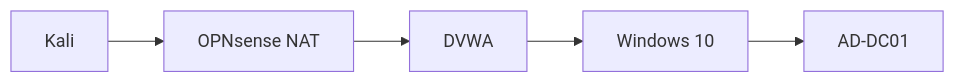
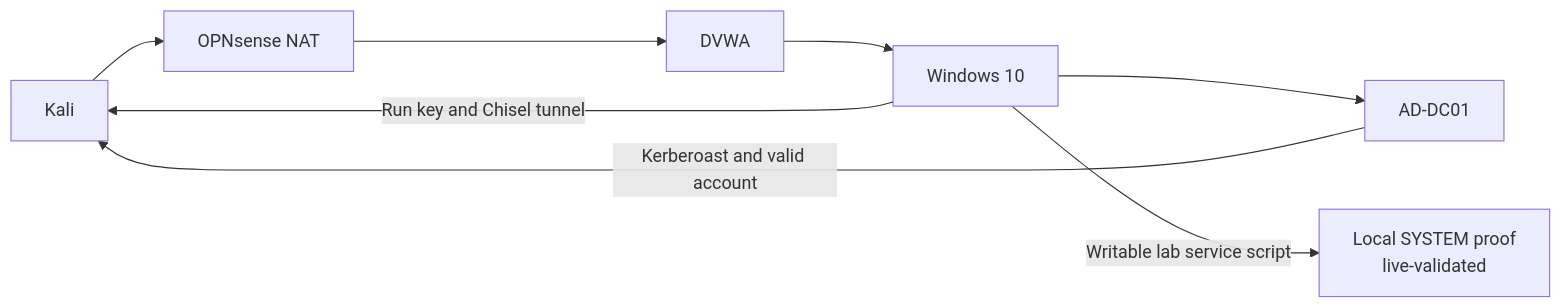
One commit to MIMI9092/purple-team-cybersecurity-lab changed the diagram in 00 - Dashboard/Project Dashboard.md. Above: the diagram before and after it, drawn with Mermaid. The commit also changed other lines of this file and 79 other files, not shown here.

````diff
--- a/00 - Dashboard/Project Dashboard.md
+++ b/00 - Dashboard/Project Dashboard.md
@@ -84,10 +111,14 @@
 ```mermaid
 flowchart LR
     Kali["Kali"]
     OPNsense["OPNsense NAT"]
     DVWA["DVWA"]
     Win10["Windows 10"]
+    System["Local SYSTEM proof<br/>live-validated"]
     DC["AD-DC01"]
 
     Kali --> OPNsense --> DVWA --> Win10 --> DC
+    Win10 -->|"Writable lab service script"| System
+    DC -->|"Kerberoast and valid account"| Kali
+    Win10 -->|"Run key and Chisel tunnel"| Kali
 ```
````
